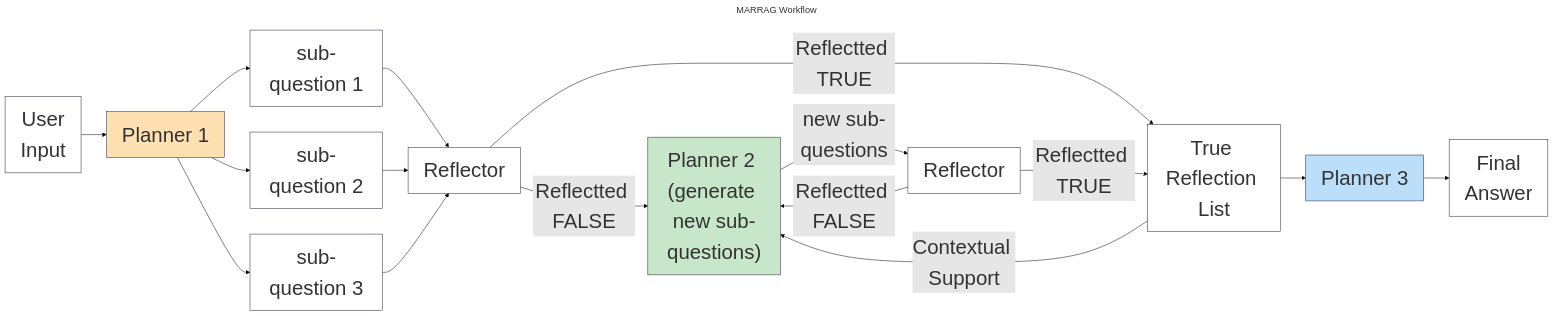
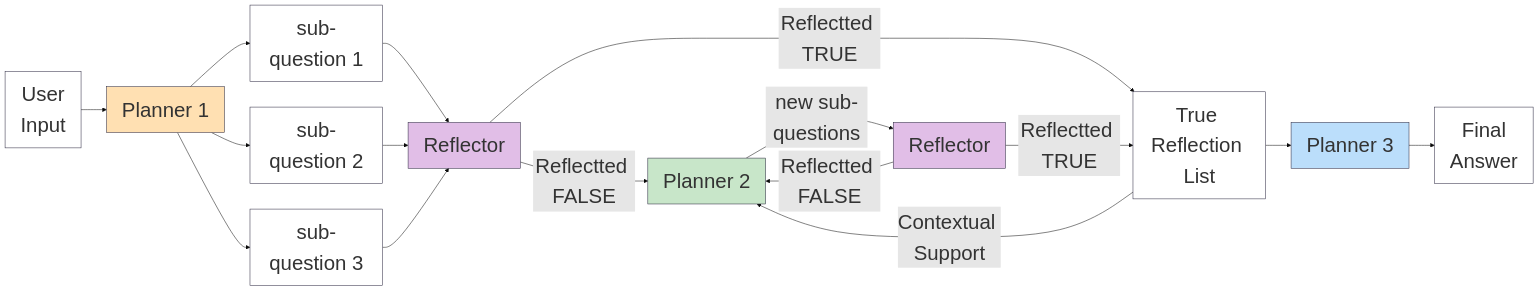
Before and after one commit to RustDesert/MARRAG: the second of 6 diagrams in mermaid/mermaid_workflow_diagram.md, drawn with Mermaid. The commit also changed other lines of this file and 2 other files, not shown here.

Commit message:
update graphs

````diff
--- a/mermaid/mermaid_workflow_diagram.md
+++ b/mermaid/mermaid_workflow_diagram.md
@@ -31,31 +31,32 @@
 ```mermaid
 ---
-title: MARRAG Workflow
 config:
   theme: base
   themeVariables:
     fontSize: 40px
     primaryColor: '#fff'
     secondaryColor: '#e6e6e6'
     primaryBorderColor: '#28253D'
     secondaryBorderColor: '#000000'
 ---
 flowchart LR
     A["User<br>Input"] --> B["Planner 1"]
     B --> C["sub-question 1"] & D["sub-question 2"] & E["sub-question 3"]
     C --> G["Reflector"]
     D --> G
     E --> G
-    G -- Reflectted FALSE --> H["Planner 2 (generate new sub-questions)"]
+    G -- Reflectted FALSE --> H["Planner 2"]
     G -- Reflectted TRUE --> I["True Reflection List"]
     H -- "new sub-questions" --> J["Reflector"]
     J -- Reflectted TRUE --> I
     I -- Contextual Support --> H
     J -- Reflectted FALSE --> H
     I --> K["Planner 3"]
-    K --> L["Final</br>Answer"]
+    K --> L["Final<br>Answer"]
 
     style B fill:#FFE0B2
+    style G fill:#E1BEE7
     style H fill:#C8E6C9
+    style J fill:#E1BEE7
     style K fill:#BBDEFB
 ```
````
